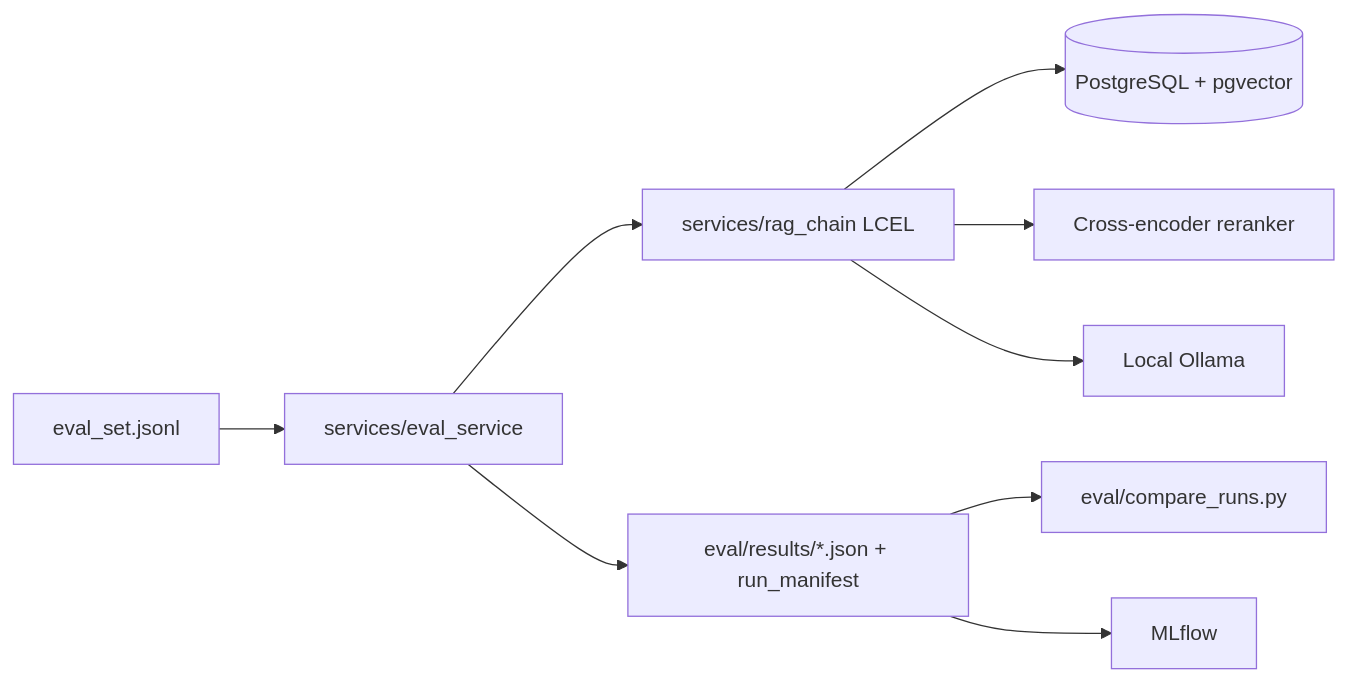
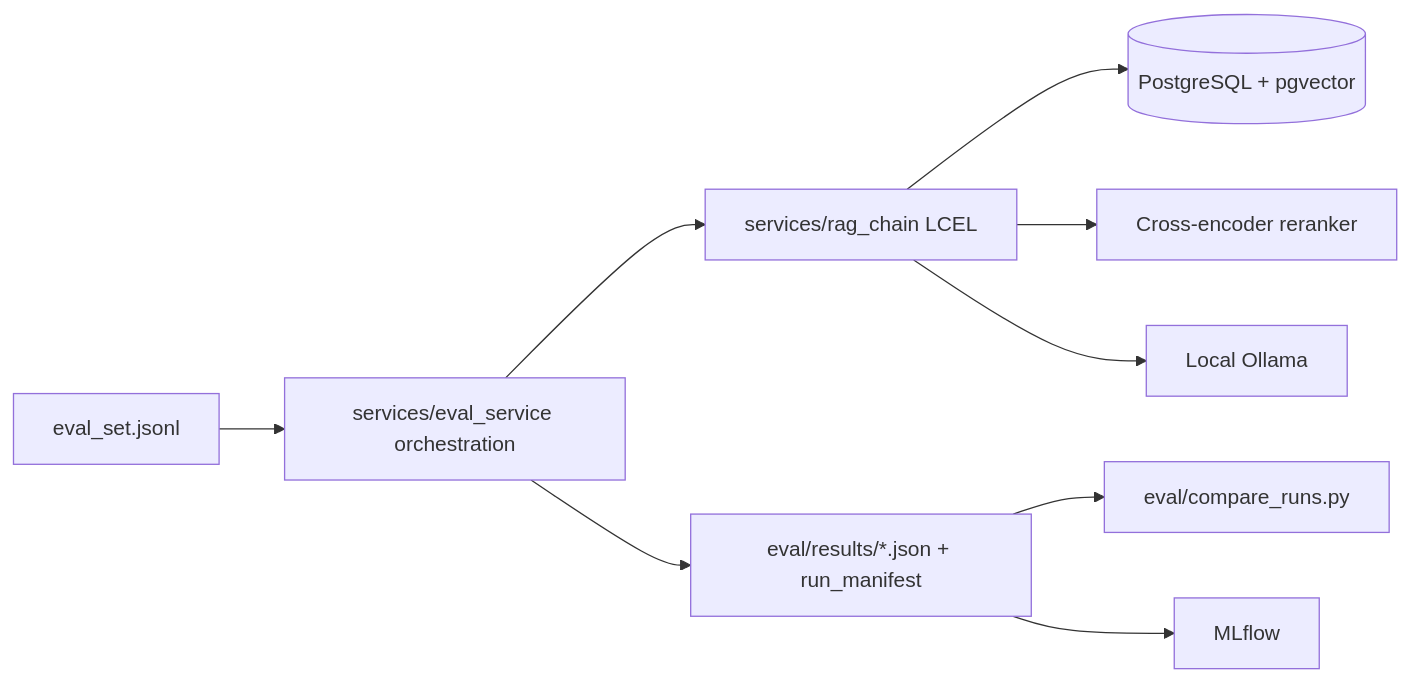
The diagram in README.md (samusafe/rag-eval-harness), drawn with Mermaid before and after one commit. The commit also changed other lines of this file and 3 other files, not shown here.

````diff
--- a/README.md
+++ b/README.md
@@ -46,11 +46,11 @@
 ```mermaid
 flowchart LR
-    S[eval_set.jsonl] --> E[services/eval_service]
+    S[eval_set.jsonl] --> E[services/eval_service orchestration]
     E --> C[services/rag_chain LCEL]
     C --> V[(PostgreSQL + pgvector)]
     C --> X[Cross-encoder reranker]
     C --> O[Local Ollama]
     E --> J[eval/results/*.json + run_manifest]
     J --> D[eval/compare_runs.py]
     J --> M[MLflow]
 ```
````
